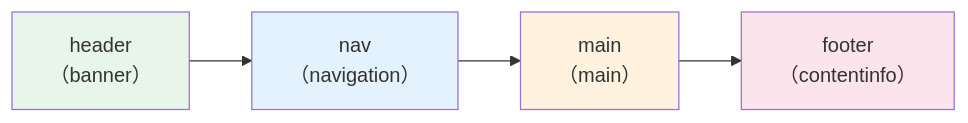
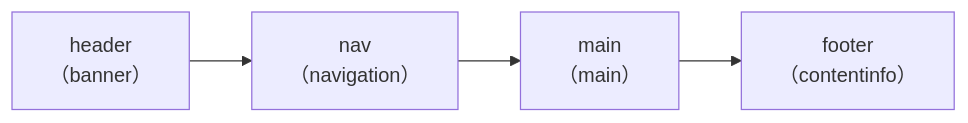
The diagram in docs/html-candidates/01/index.md (ozaki25/web-front-training-ozaki25), drawn with Mermaid before and after one commit.

Commit message:
HTML候補01: Mermaid図のカスタムカラーを削除
ダークモードで見づらいパステルカラーを削除し、
デフォルトテーマに任せる。

https://claude.ai/code/session_017TX2V5LsJydcm6caDdhGPt

````diff
--- a/docs/html-candidates/01/index.md
+++ b/docs/html-candidates/01/index.md
@@ -42,10 +42,6 @@
 ```mermaid
 graph LR
     A["header<br/>（banner）"] --> B["nav<br/>（navigation）"]
     B --> C["main<br/>（main）"]
     C --> D["footer<br/>（contentinfo）"]
-    style A fill:#e8f5e9
-    style B fill:#e3f2fd
-    style C fill:#fff3e0
-    style D fill:#fce4ec
 ```
````
